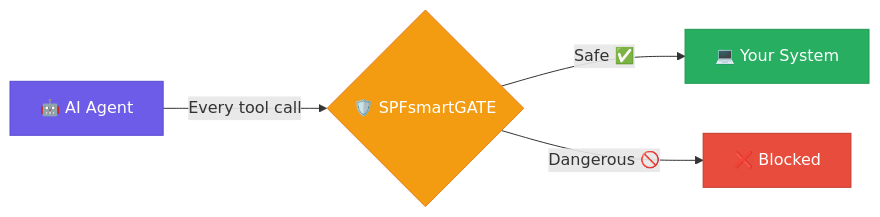
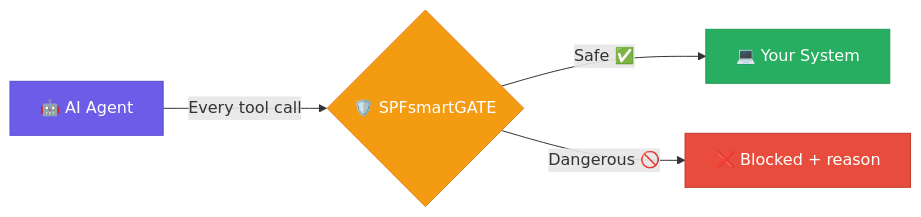
One commit to mvalancy/SPFsmartGATE changed the diagram in README.md. Above: the diagram before and after it, drawn with Mermaid. The commit also changed other lines of this file, not shown here.

````diff
--- a/README.md
+++ b/README.md
@@ -55,11 +23,11 @@
 ```mermaid
 graph LR
     A["🤖 AI Agent"] -->|Every tool call| B{"🛡️ SPFsmartGATE"}
     B -->|"Safe ✅"| C["💻 Your System"]
-    B -->|"Dangerous 🚫"| D["❌ Blocked"]
+    B -->|"Dangerous 🚫"| D["❌ Blocked + reason"]
 
     style A fill:#6C5CE7,stroke:#5A4BD1,color:#fff
     style B fill:#F39C12,stroke:#E67E22,color:#fff
     style C fill:#27AE60,stroke:#219A52,color:#fff
     style D fill:#E74C3C,stroke:#C0392B,color:#fff
 ```
````
